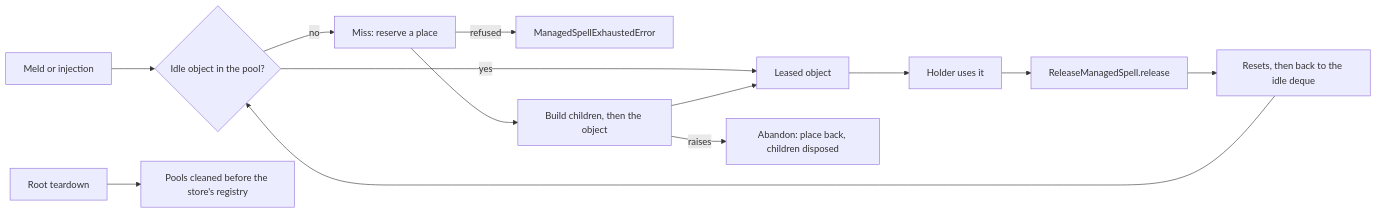
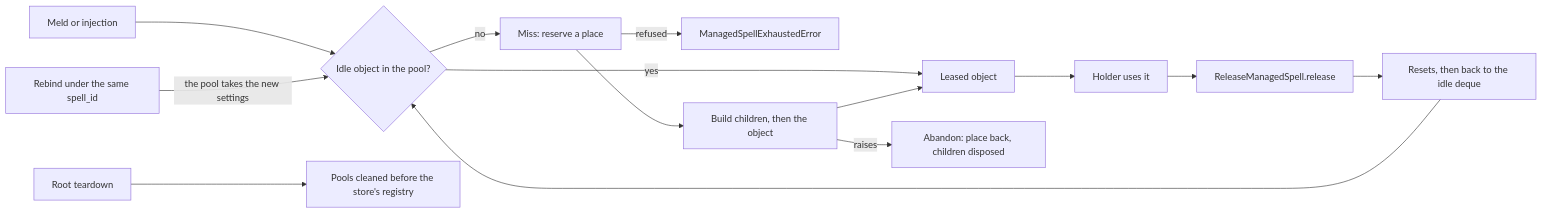
Diagram 12 of 16 in context_compass/system_docs/src_architecture.md (Synaptic724/melder), drawn with Mermaid before and after one commit. The commit also changed other lines of this file and 205 other files, not shown here.

````diff
--- a/context_compass/system_docs/src_architecture.md
+++ b/context_compass/system_docs/src_architecture.md
@@ -4206,15 +4262,16 @@
 ```mermaid
 flowchart LR
   M[Meld or injection] --> P{Idle object in the pool?}
   P -->|yes| O[Leased object]
   P -->|no| R[Miss: reserve a place]
   R -->|refused| X[ManagedSpellExhaustedError]
   R --> B[Build children, then the object]
   B -->|raises| A[Abandon: place back, children disposed]
   B --> O
   O --> H[Holder uses it]
   H --> L[ReleaseManagedSpell.release]
   L --> S[Resets, then back to the idle deque]
   S --> P
   T[Root teardown] --> C[Pools cleaned before the store's registry]
+  N[Rebind under the same spell_id] -->|the pool takes the new settings| P
 ```
````
